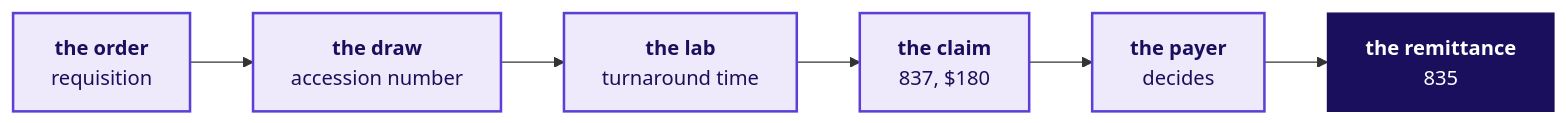
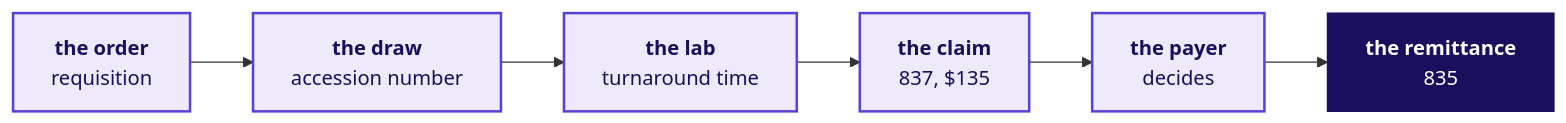
Before and after one commit to fde-academy-lab/c2-content-factory: the second of 7 diagrams in content/W03/D1/trainer/C2_W03_D01_domain_story_TRAINER.md, drawn with Mermaid. The commit also changed other lines of this file, not shown here.

````diff
--- a/content/W03/D1/trainer/C2_W03_D01_domain_story_TRAINER.md
+++ b/content/W03/D1/trainer/C2_W03_D01_domain_story_TRAINER.md
@@ -45,12 +45,12 @@
 ```mermaid
 flowchart LR
     O["<b>the order</b><br/>requisition"] --> D["<b>the draw</b><br/>accession number"]
     D --> L["<b>the lab</b><br/>turnaround time"]
-    L --> C["<b>the claim</b><br/>837, $180"]
+    L --> C["<b>the claim</b><br/>837, $135"]
     C --> P["<b>the payer</b><br/>decides"]
     P --> R["<b>the remittance</b><br/>835"]
     classDef known fill:#EEEAFB,stroke:#5B3FD6,color:#1A0F5C,stroke-width:2px
     classDef dark fill:#1A0F5C,stroke:#1A0F5C,color:#FFFFFF
     class O,D,L,C,P known
     class R dark
 ```
````
